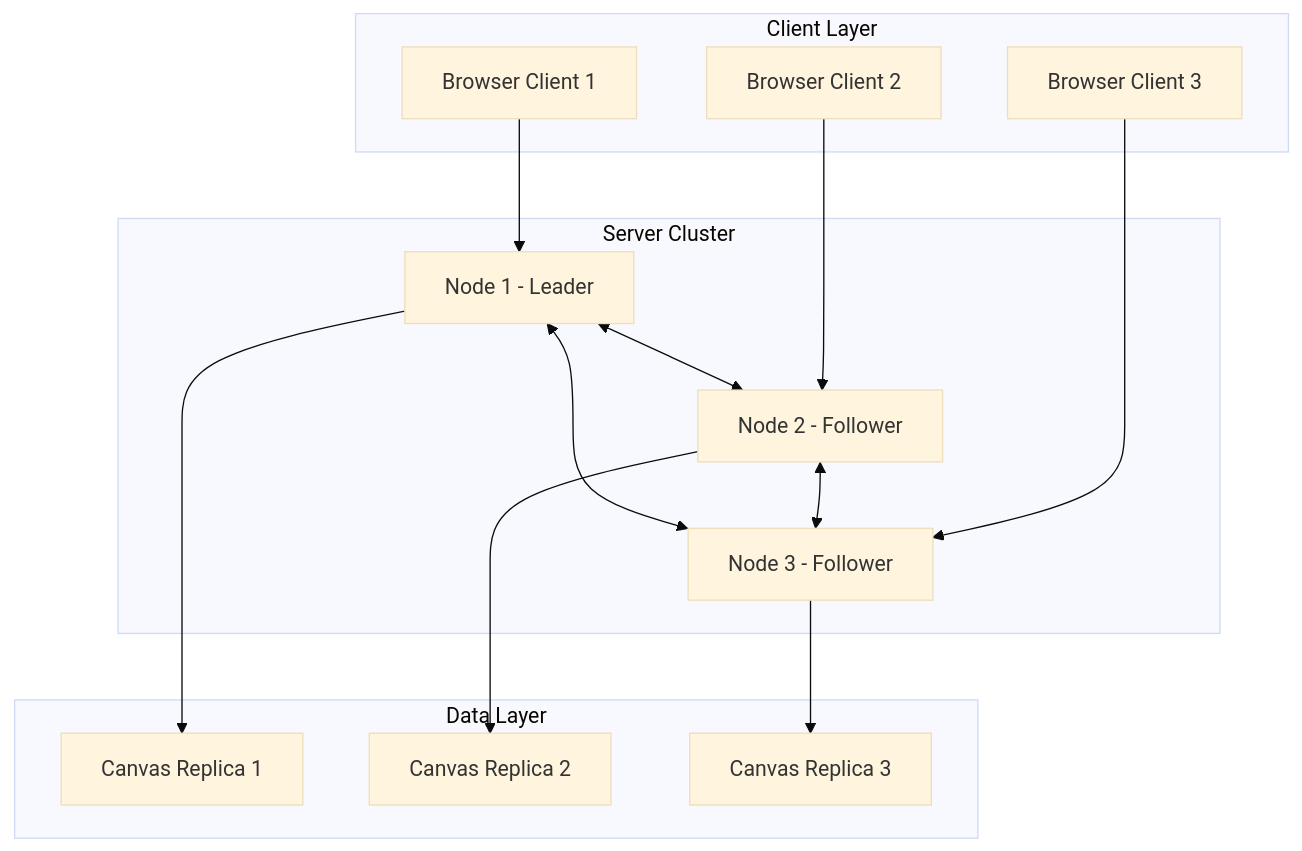
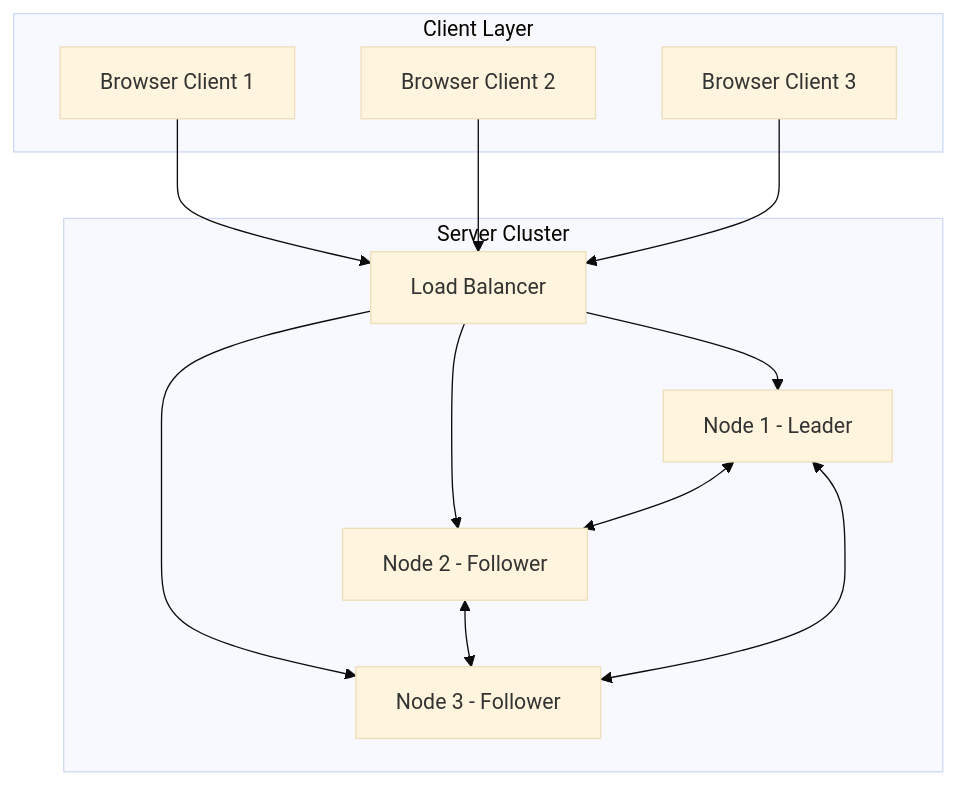
The diagram in docs/project-plan.md (distri-place/.github), drawn with Mermaid (base theme) before and after one commit.

Commit message:
docs: add lb and remove data layer

````diff
--- a/docs/project-plan.md
+++ b/docs/project-plan.md
@@ -16,32 +16,27 @@
 ```mermaid
 graph TB
     subgraph "Client Layer"
         C1[Browser Client 1]
         C2[Browser Client 2]
         C3[Browser Client 3]
     end
 
     subgraph "Server Cluster"
+        LB[Load Balancer]
         N1[Node 1 - Leader]
         N2[Node 2 - Follower]
         N3[Node 3 - Follower]
     end
 
-    subgraph "Data Layer"
-        S1[Canvas Replica 1]
-        S2[Canvas Replica 2]
-        S3[Canvas Replica 3]
-    end
+    C1 --> LB
+    C2 --> LB
+    C3 --> LB
 
-    C1 --> N1
-    C2 --> N2
-    C3 --> N3
+    LB --> N1
+    LB --> N2
+    LB --> N3
 
     N1 <--> N2
     N2 <--> N3
     N3 <--> N1
-
-    N1 --> S1
-    N2 --> S2
-    N3 --> S3
 ```
````
